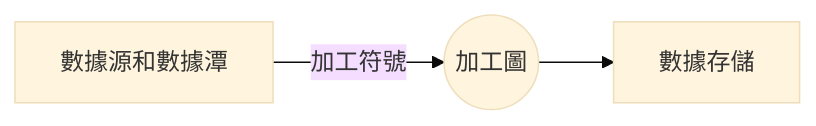
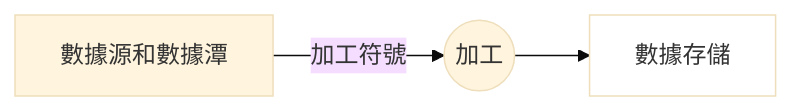
The third of 4 diagrams in _posts/2022-07-04-02333-software_engineer.md (chchoiw/chchoiw.github.io), drawn with Mermaid (base theme) before and after one commit.

````diff
--- a/_posts/2022-07-04-02333-software_engineer.md
+++ b/_posts/2022-07-04-02333-software_engineer.md
@@ -237,9 +237,9 @@
 ```mermaid
 graph LR
 id2[數據源和數據潭]
-id1((加工圖))
+id1((加工))
 id3[數據存儲]
 id2--加工符號-->id1
 id1-->id3
-
+style id3 fill:#ffffff,stroke-width:1px
 ```
````
